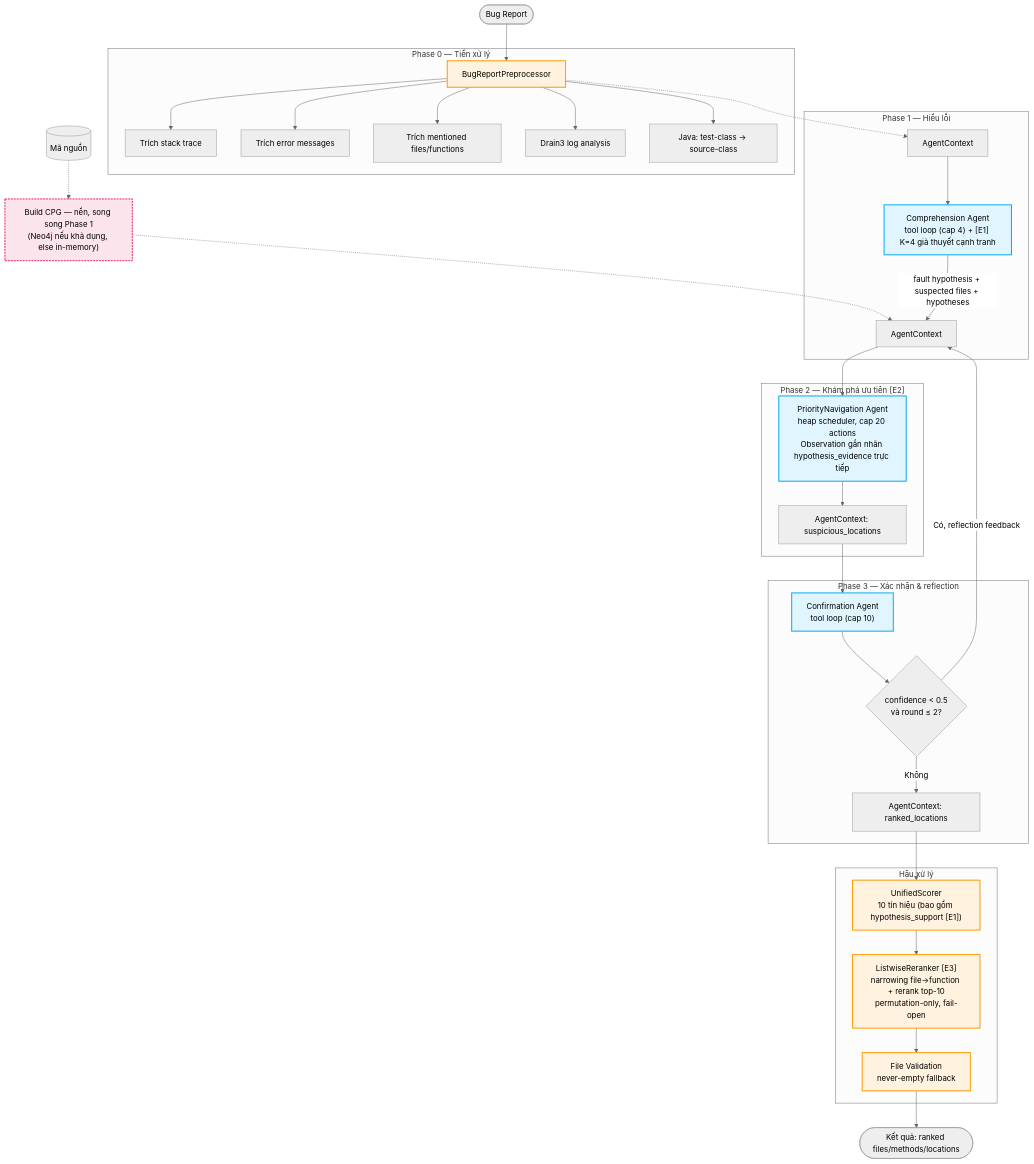
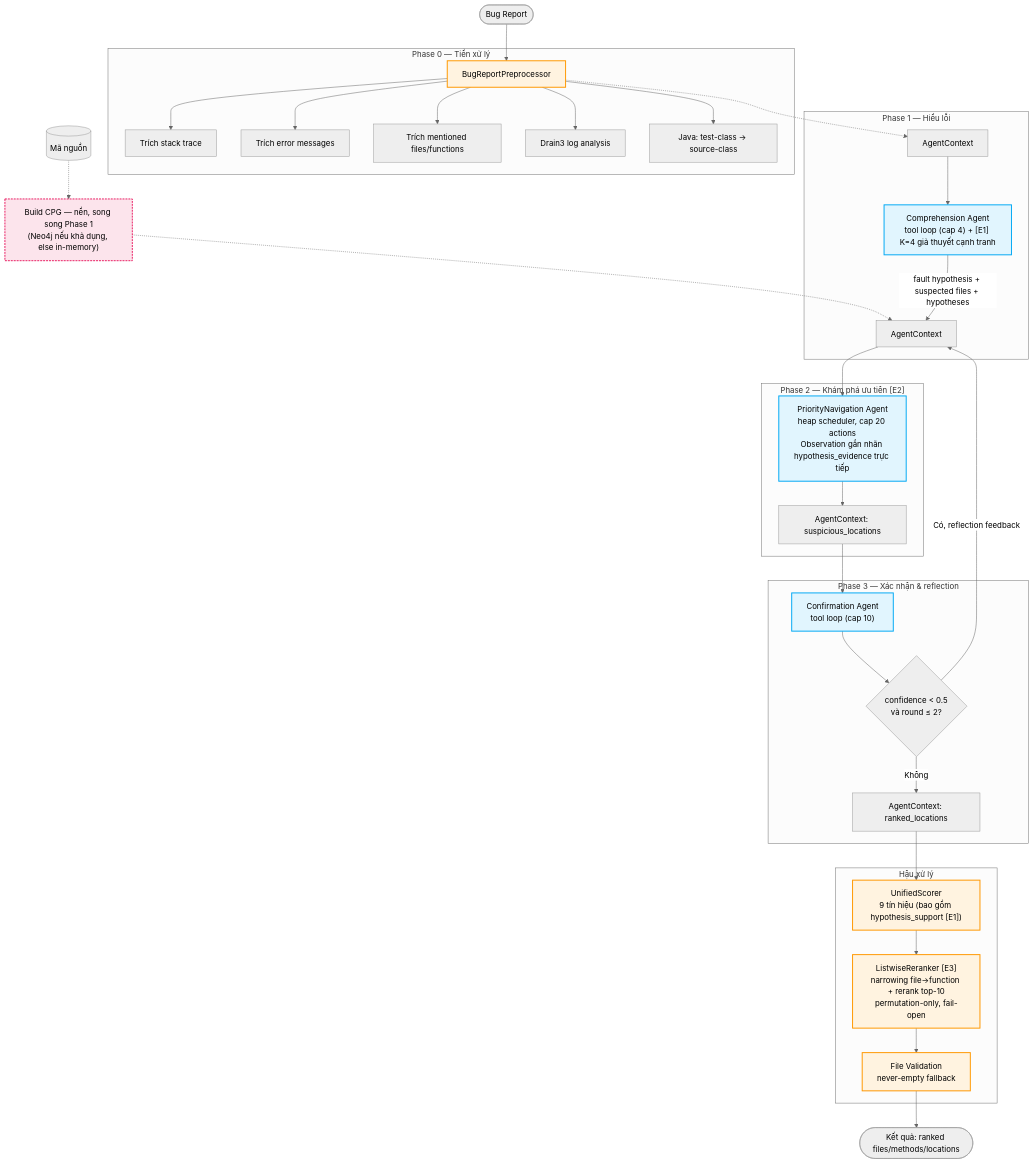
The fourth of 6 diagrams in docs/CHUONG_KIEN_TRUC.md (trinhvietthanh/bug_localization), drawn with Mermaid (neutral theme) before and after one commit. The commit also changed other lines of this file and 135 other files, not shown here.

````diff
--- a/docs/CHUONG_KIEN_TRUC.md
+++ b/docs/CHUONG_KIEN_TRUC.md
@@ -153,48 +153,48 @@
 ```mermaid
 flowchart TD
     BR([Bug Report]) --> PRE[BugReportPreprocessor]
 
     subgraph P0["Phase 0 — Tiền xử lý"]
         PRE --> ST[Trích stack trace]
         PRE --> EM[Trích error messages]
         PRE --> MF[Trích mentioned files/functions]
         PRE --> DP[Drain3 log analysis]
         PRE --> TD["Java: test-class → source-class"]
     end
     PRE -.-> CTX[AgentContext]
 
     REPO[(Mã nguồn)] -.-> CPG["Build CPG — nền, song song Phase 1\n(Neo4j nếu khả dụng, else in-memory)"]
     CPG -.-> CTX2
 
     subgraph P1["Phase 1 — Hiểu lỗi"]
         CTX --> CA["Comprehension Agent\ntool loop (cap 4) + [E1] K=4 giả thuyết cạnh tranh"]
         CA -->|fault hypothesis + suspected files + hypotheses| CTX2[AgentContext]
     end
 
     subgraph P2["Phase 2 — Khám phá ưu tiên [E2]"]
         CTX2 --> PNA["PriorityNavigation Agent\nheap scheduler, cap 20 actions\nObservation gắn nhãn hypothesis_evidence trực tiếp"]
         PNA --> CTX3[AgentContext: suspicious_locations]
     end
 
     subgraph P3["Phase 3 — Xác nhận & reflection"]
         CTX3 --> COA["Confirmation Agent\ntool loop (cap 10)"]
         COA --> RCHK{"confidence < 0.5\nvà round ≤ 2?"}
         RCHK -->|Có, reflection feedback| CTX2
         RCHK -->|Không| CTX5[AgentContext: ranked_locations]
     end
 
     subgraph POST["Hậu xử lý"]
-        CTX5 --> US["UnifiedScorer\n10 tín hiệu (bao gồm hypothesis_support [E1])"]
+        CTX5 --> US["UnifiedScorer\n9 tín hiệu (bao gồm hypothesis_support [E1])"]
         US --> RR["ListwiseReranker [E3]\nnarrowing file→function + rerank top-10\npermutation-only, fail-open"]
         RR --> FV["File Validation\nnever-empty fallback"]
     end
 
     FV --> OUT([Kết quả: ranked files/methods/locations])
 
     classDef agent fill:#e1f5fe,stroke:#03a9f4,stroke-width:2px;
     classDef proc fill:#fff3e0,stroke:#ff9800,stroke-width:2px;
     classDef ext fill:#fce4ec,stroke:#e91e63,stroke-width:2px,stroke-dasharray:4 2;
     class CA,PNA,COA agent
     class US,RR,PRE,FV proc
     class CPG ext
 ```
````
